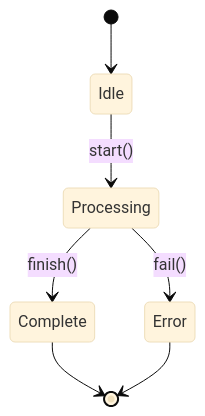
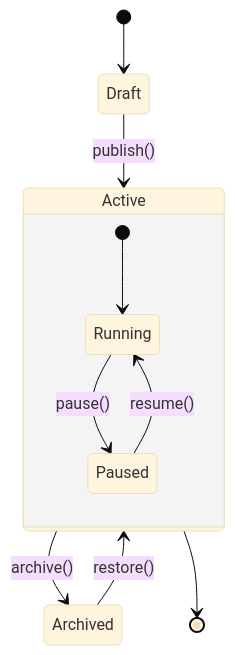
The fourth of 5 diagrams in backend/instructions/analyze-domain-documentation.md (Alequez97/codebase-analyzer), drawn with Mermaid (base theme) before and after one commit. The commit also changed other lines of this file, not shown here.

Commit message:
feat: update mermaid diagram examples and syntax rules for clarity and accuracy

````diff
--- a/backend/instructions/analyze-domain-documentation.md
+++ b/backend/instructions/analyze-domain-documentation.md
@@ -110,10 +134,15 @@
 ```mermaid
 stateDiagram-v2
-  [*] --> Idle
-  Idle --> Processing: start()
-  Processing --> Complete: finish()
-  Processing --> Error: fail()
+  [*] --> Draft
+  Draft --> Active: publish()
 
-  Complete --> [*]
-  Error --> [*]
+  state Active {
+    [*] --> Running
+    Running --> Paused: pause()
+    Paused --> Running: resume()
+  }
+
+  Active --> Archived: archive()
+  Archived --> Active: restore()
+  Active --> [*]
 ```
````
